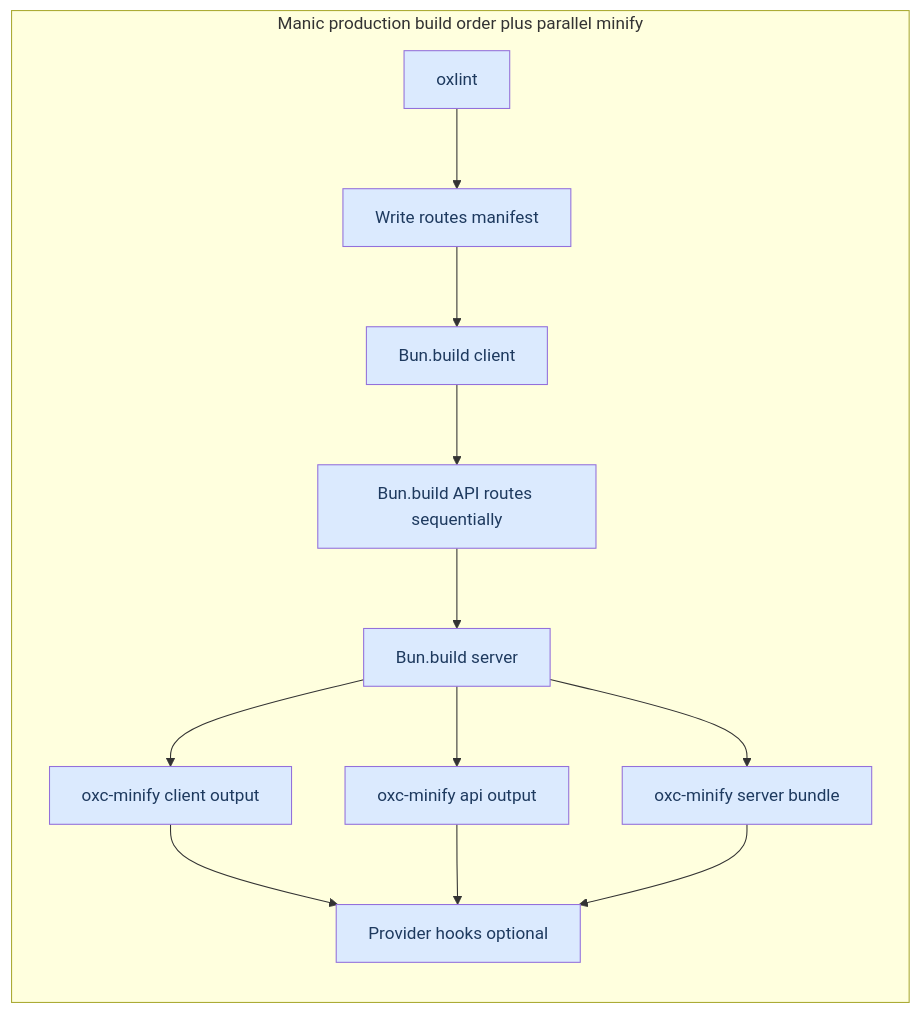
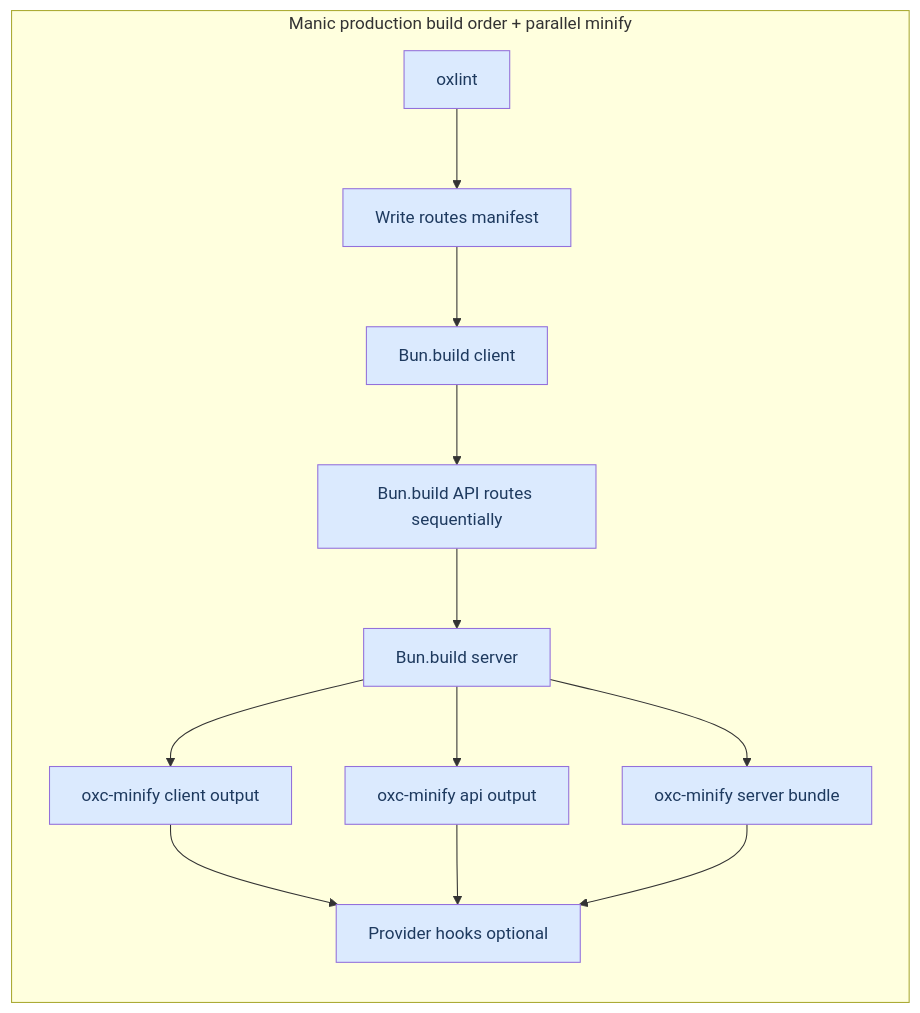
The diagram in content/docs/framework/benchmarks.mdx (manic-js/docs), drawn with Mermaid before and after one commit. The commit also changed other lines of this file and 2 other files, not shown here.

````diff
--- a/content/docs/framework/benchmarks.mdx
+++ b/content/docs/framework/benchmarks.mdx
@@ -139,21 +75,21 @@
 ```mermaid
 flowchart TB
-    subgraph manic_prod ["Manic production build order plus parallel minify"]
+    subgraph manic_prod ["Manic production build order + parallel minify"]
         direction TB
         L0[oxlint]
         L0 --> L1[Write routes manifest]
         L1 --> L2[Bun.build client]
         L2 --> L3[Bun.build API routes sequentially]
         L3 --> L4[Bun.build server]
         L4 --> L5 & L6 & L7
         L5[oxc-minify client output]
         L6[oxc-minify api output]
         L7[oxc-minify server bundle]
         L5 --> L8[Provider hooks optional]
         L6 --> L8
         L7 --> L8
     end
 
     classDef prodManic fill:#dbeafe,color:#1e3a5f
     class L0,L1,L2,L3,L4,L5,L6,L7,L8 prodManic
 ```
````
